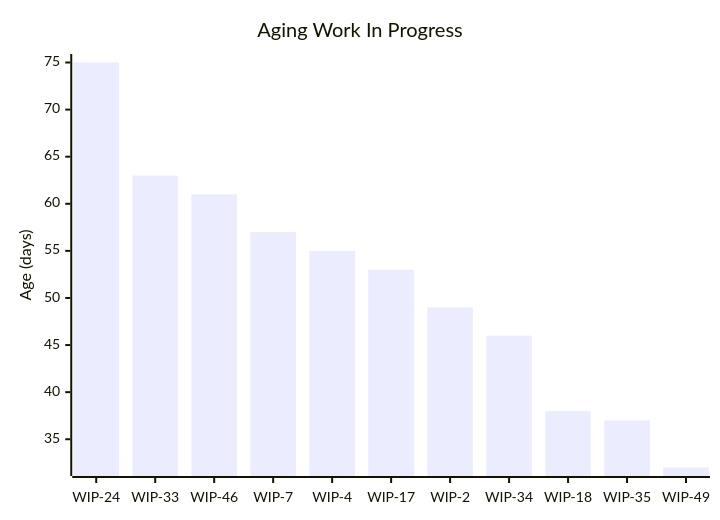
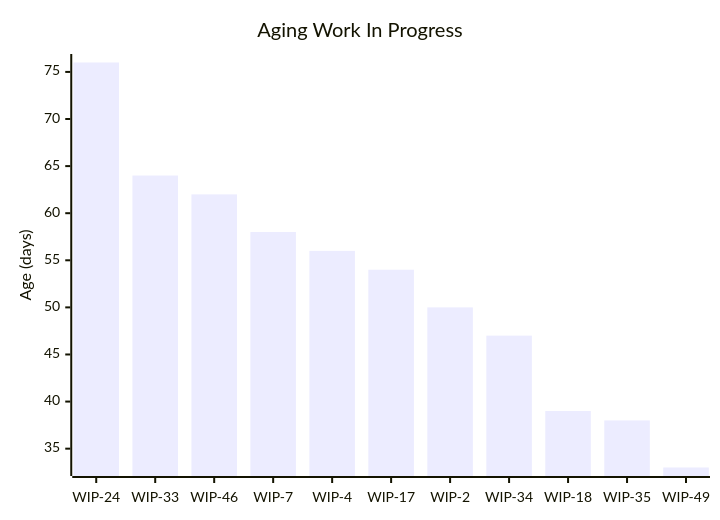
One commit to cbroult/predictability-engine changed the first of 5 diagrams in data/samples/reports/sample_data_large/types/Improvement.md. Above: the diagram before and after it, drawn with Mermaid. The commit also changed other lines of this file and 72 other files, not shown here.

````diff
--- a/data/samples/reports/sample_data_large/types/Improvement.md
+++ b/data/samples/reports/sample_data_large/types/Improvement.md
@@ -30,7 +30,7 @@
 ```mermaid
 xychart-beta
     title "Aging Work In Progress"
     x-axis ["WIP-24", "WIP-33", "WIP-46", "WIP-7", "WIP-4", "WIP-17", "WIP-2", "WIP-34", "WIP-18", "WIP-35", "WIP-49"]
     y-axis "Age (days)"
-    bar "Age" [75, 63, 61, 57, 55, 53, 49, 46, 38, 37, 32]
+    bar "Age" [76, 64, 62, 58, 56, 54, 50, 47, 39, 38, 33]
 ```
````
